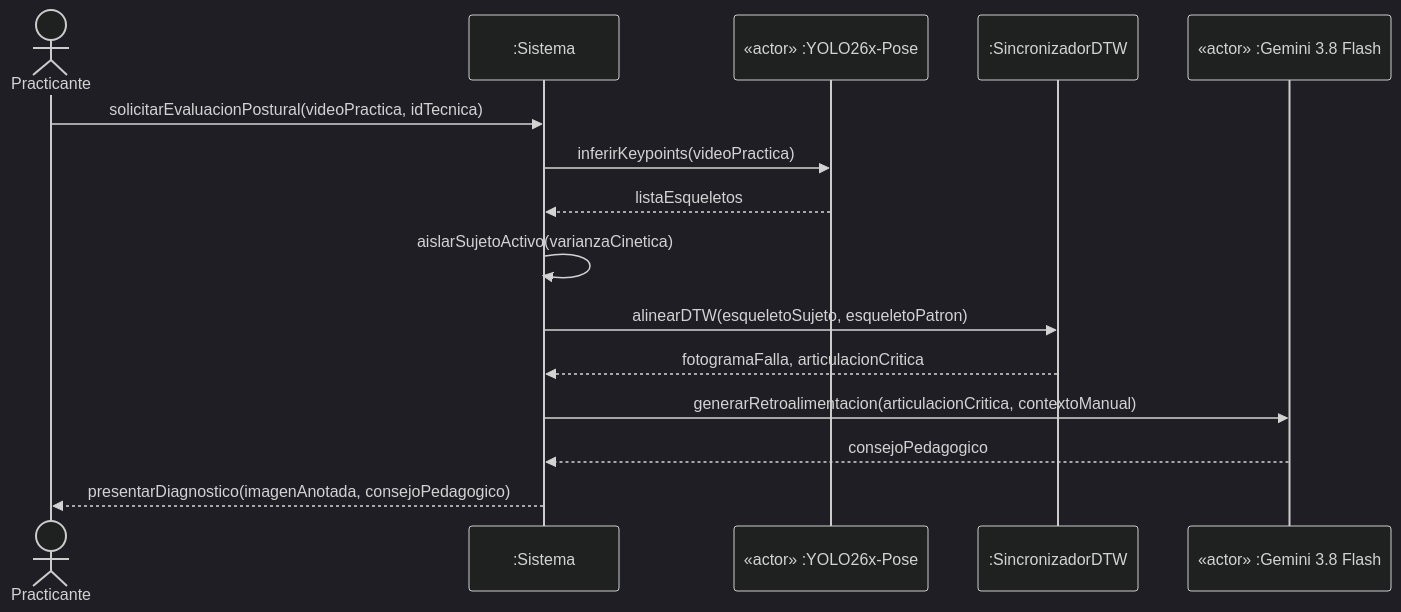
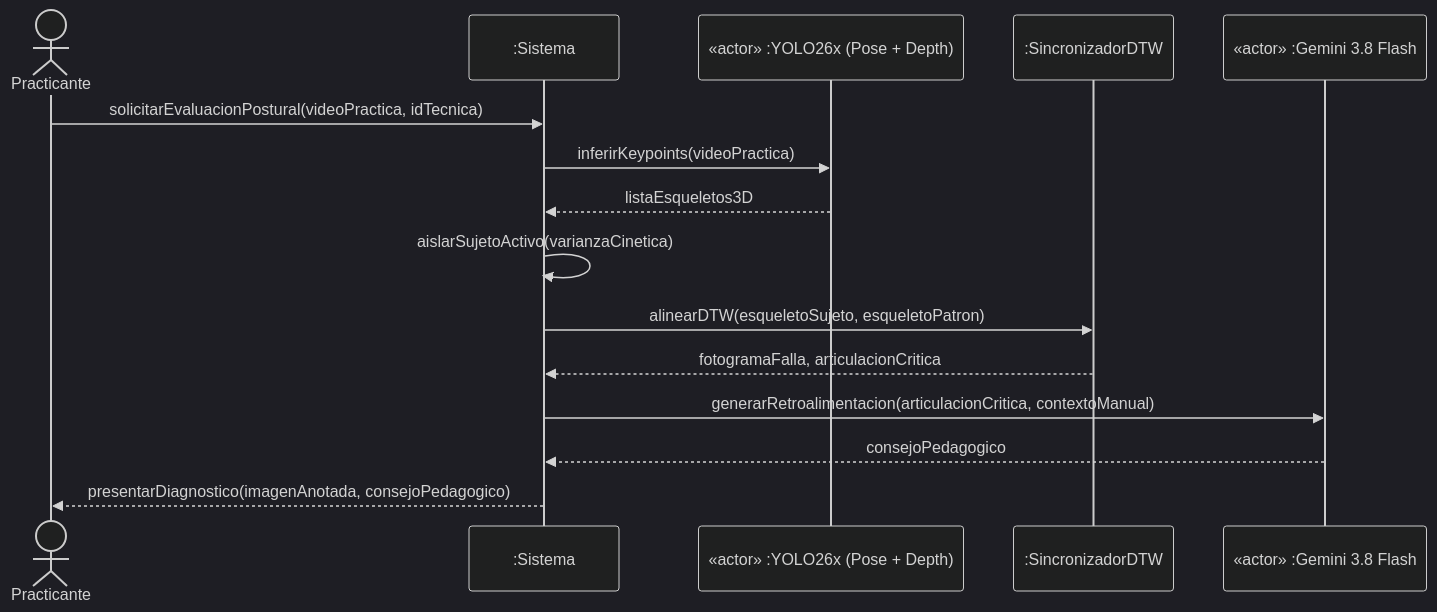
One commit to Tsmrain/JiuJitsu changed the eighth of 11 diagrams in README.md. Above: the diagram before and after it, drawn with Mermaid (dark theme). The commit also changed other lines of this file, not shown here.

Commit message:
docs: detail PDF RAG persistence mapping and update YOLO sequence diagram entities

````diff
--- a/README.md
+++ b/README.md
@@ -857,18 +861,18 @@
 ```mermaid
 sequenceDiagram
     actor Practicante
     participant Sistema as :Sistema
-    participant YOLO as «actor» :YOLO26x-Pose
+    participant YOLO as «actor» :YOLO26x (Pose + Depth)
     participant DTW as :SincronizadorDTW
     participant GEM as «actor» :Gemini 3.8 Flash
 
     Practicante->>Sistema: solicitarEvaluacionPostural(videoPractica, idTecnica)
     Sistema->>YOLO: inferirKeypoints(videoPractica)
-    YOLO-->>Sistema: listaEsqueletos
+    YOLO-->>Sistema: listaEsqueletos3D
     Sistema->>Sistema: aislarSujetoActivo(varianzaCinetica)
     Sistema->>DTW: alinearDTW(esqueletoSujeto, esqueletoPatron)
     DTW-->>Sistema: fotogramaFalla, articulacionCritica
     Sistema->>GEM: generarRetroalimentacion(articulacionCritica, contextoManual)
     GEM-->>Sistema: consejoPedagogico
     Sistema-->>Practicante: presentarDiagnostico(imagenAnotada, consejoPedagogico)
 ```
````
